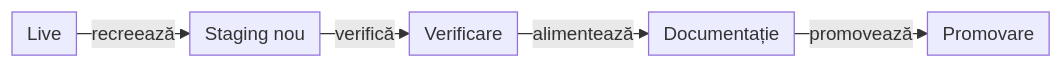
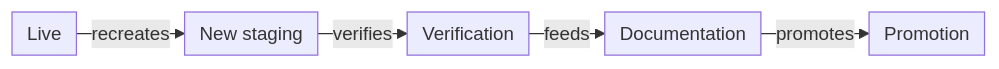
Before and after one commit to crististefanita/atf_j0: the sixth of 6 diagrams in docs/ATF_Build_And_Execution_Safety.md, drawn with Mermaid. The commit also changed other lines of this file and 113 other files, not shown here.

````diff
--- a/docs/ATF_Build_And_Execution_Safety.md
+++ b/docs/ATF_Build_And_Execution_Safety.md
@@ -310,8 +258,8 @@
 ```mermaid
 %%{init: {"themeVariables":{"fontSize":"15px"},"themeCSS":".nodeLabel, .nodeLabel p { font-size: 15px !important; line-height: 1.35 !important; } .edgeLabel, .edgeLabel p { font-size: 12px !important; font-weight: 400 !important; line-height: 1.2 !important; } .edgeLabel .labelBkg, .edgeLabel p { background: transparent !important; } .edgeLabel foreignObject { transform: translateY(-18px); overflow: visible; } .node rect { rx: 6px; ry: 6px; }","flowchart":{"curve":"linear","nodeSpacing":24,"rankSpacing":24,"padding":6,"diagramPadding":20}}}%%
 flowchart LR
-    Live["Live"] -->|recreează| Recreate["Staging nou"]
-    Recreate -->|verifică| Verify["Verificare"]
-    Verify -->|alimentează| Feedback["Documentație"]
-    Feedback -->|promovează| Promote["Promovare"]
+    Live["Live"] -->|recreates| Recreate["New staging"]
+    Recreate -->|verifies| Verify["Verification"]
+    Verify -->|feeds| Feedback["Documentation"]
+    Feedback -->|promotes| Promote["Promotion"]
 ```
````
